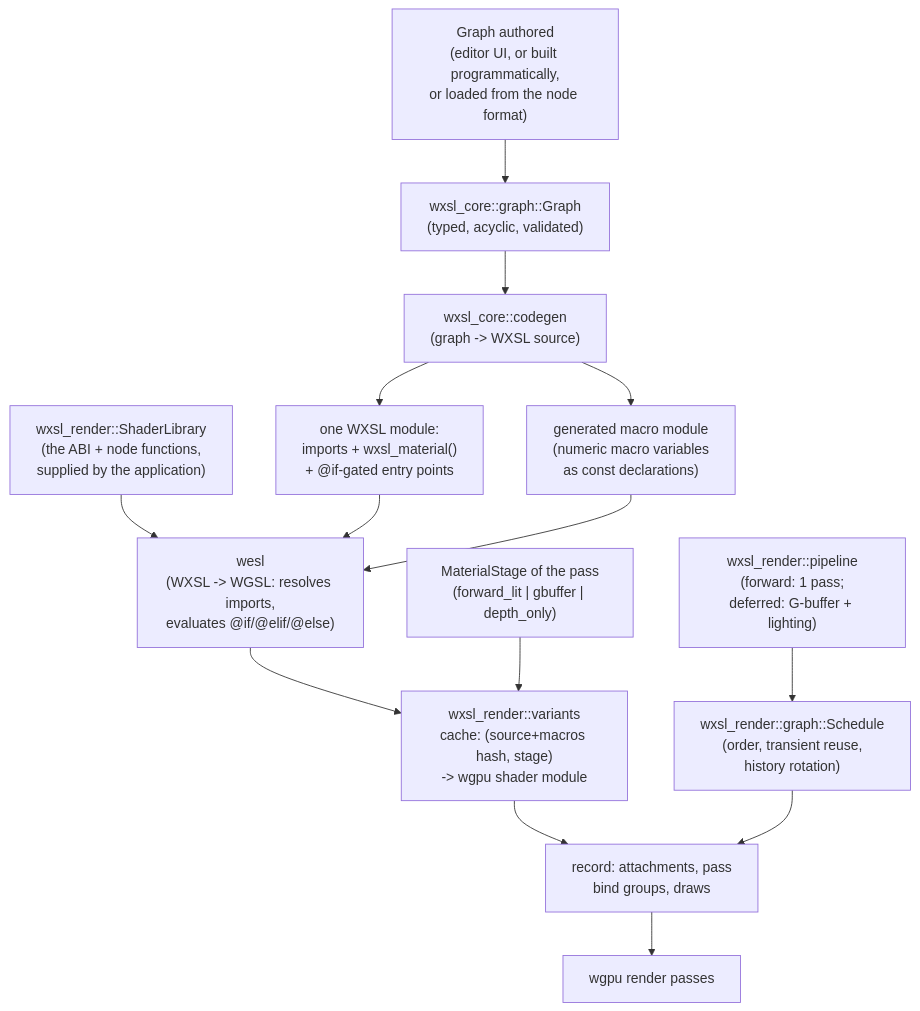
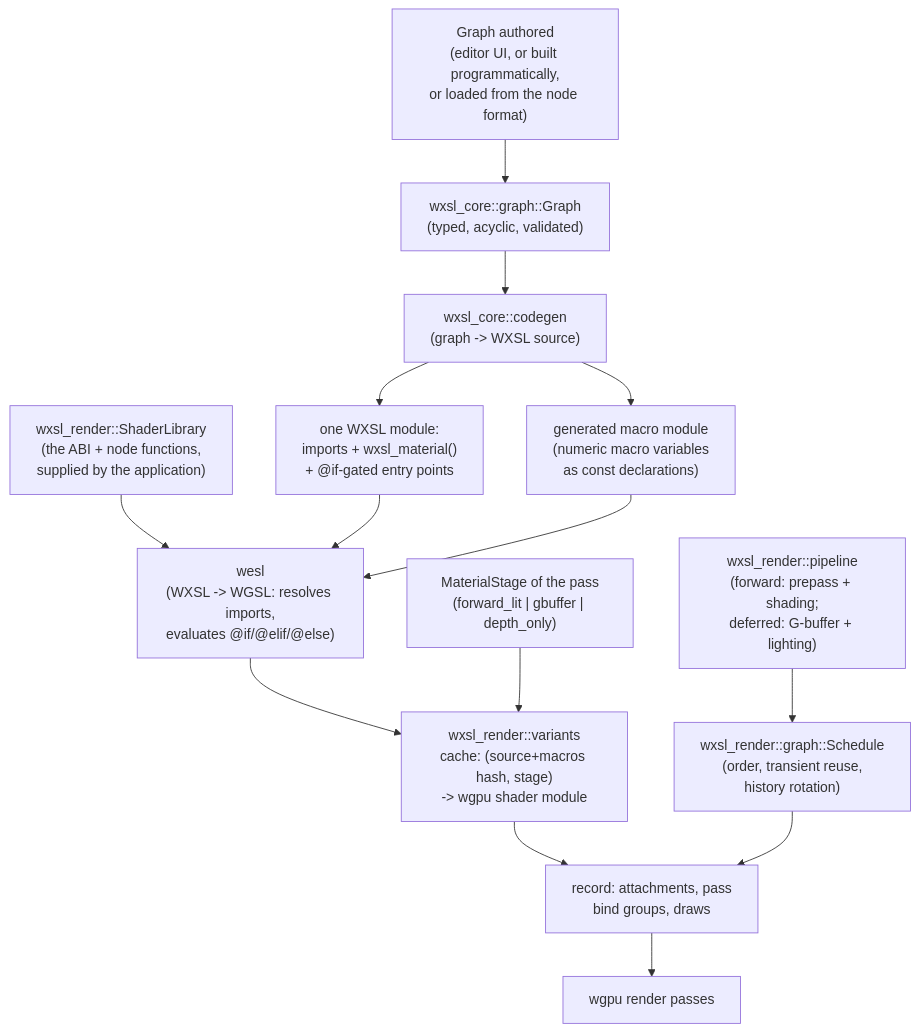
One commit to lapiequichante/wesloom changed the second of 2 diagrams in docs/architecture.md. Above: the diagram before and after it, drawn with Mermaid. The commit also changed other lines of this file and 36 other files, not shown here.

````diff
--- a/docs/architecture.md
+++ b/docs/architecture.md
@@ -117,16 +119,16 @@
 ```mermaid
 graph TD
     author["Graph authored<br/>(editor UI, or built programmatically,<br/>or loaded from the node format)"] --> model
     model["wxsl_core::graph::Graph<br/>(typed, acyclic, validated)"] --> codegen["wxsl_core::codegen<br/>(graph -> WXSL source)"]
     codegen --> weslsrc["one WXSL module:<br/>imports + wxsl_material()<br/>+ @if-gated entry points"]
     codegen --> macromod["generated macro module<br/>(numeric macro variables<br/>as const declarations)"]
     library["wxsl_render::ShaderLibrary<br/>(the ABI + node functions,<br/>supplied by the application)"] --> compiler
     weslsrc --> compiler["wesl<br/>(WXSL -> WGSL: resolves imports,<br/>evaluates @if/@elif/@else)"]
     macromod --> compiler
     compiler --> variants["wxsl_render::variants<br/>cache: (source+macros hash, stage)<br/>-> wgpu shader module"]
     path["MaterialStage of the pass<br/>(forward_lit | gbuffer | depth_only)"] --> variants
     variants --> record
-    passes["wxsl_render::pipeline<br/>(forward: 1 pass;<br/>deferred: G-buffer + lighting)"] --> schedule["wxsl_render::graph::Schedule<br/>(order, transient reuse,<br/>history rotation)"]
+    passes["wxsl_render::pipeline<br/>(forward: prepass + shading;<br/>deferred: G-buffer + lighting)"] --> schedule["wxsl_render::graph::Schedule<br/>(order, transient reuse,<br/>history rotation)"]
     schedule --> record["record: attachments, pass<br/>bind groups, draws"]
     record --> gpu["wgpu render passes"]
 ```
````
